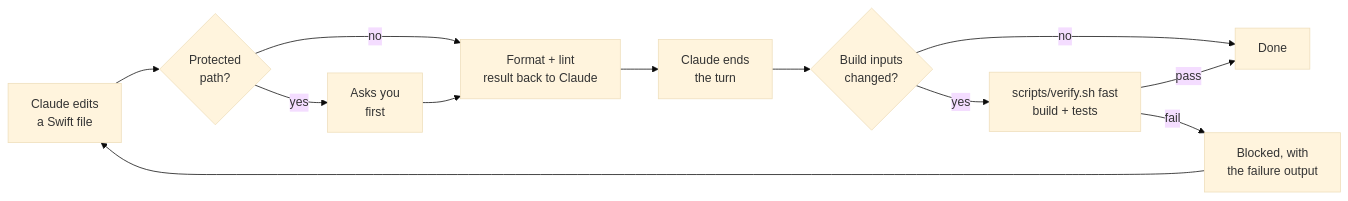
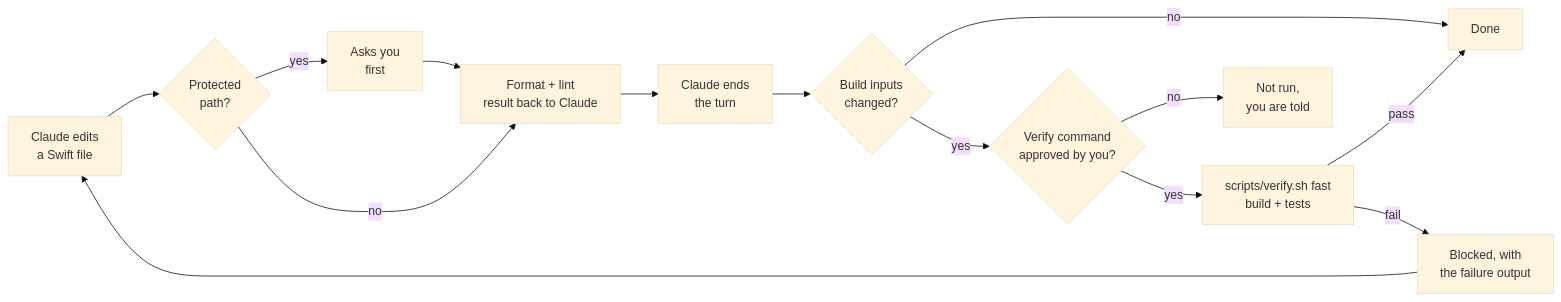
One commit to davidelarocca/mac-dev-plugins changed the diagram in README.md. Above: the diagram before and after it, drawn with Mermaid (base theme). The commit also changed other lines of this file and 13 other files, not shown here.

````diff
--- a/README.md
+++ b/README.md
@@ -51,14 +51,16 @@
 ```mermaid
 flowchart LR
     A["Claude edits<br/>a Swift file"] --> B{"Protected<br/>path?"}
     B -- yes --> C["Asks you<br/>first"]
     B -- no --> D["Format + lint<br/>result back to Claude"]
     C --> D
     D --> E["Claude ends<br/>the turn"]
     E --> F{"Build inputs<br/>changed?"}
     F -- no --> G["Done"]
-    F -- yes --> H["scripts/verify.sh fast<br/>build + tests"]
+    F -- yes --> J{"Verify command<br/>approved by you?"}
+    J -- no --> K["Not run,<br/>you are told"]
+    J -- yes --> H["scripts/verify.sh fast<br/>build + tests"]
     H -- pass --> G
     H -- fail --> I["Blocked, with<br/>the failure output"]
     I --> A
 ```
````
